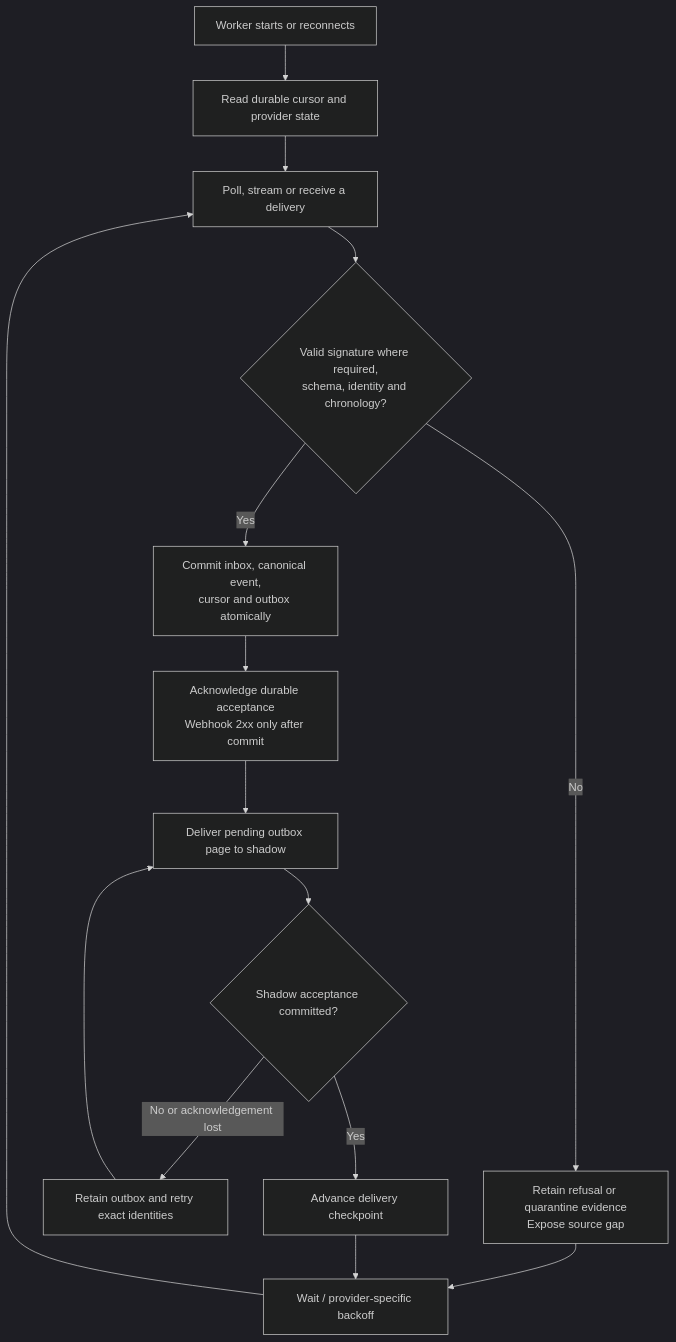
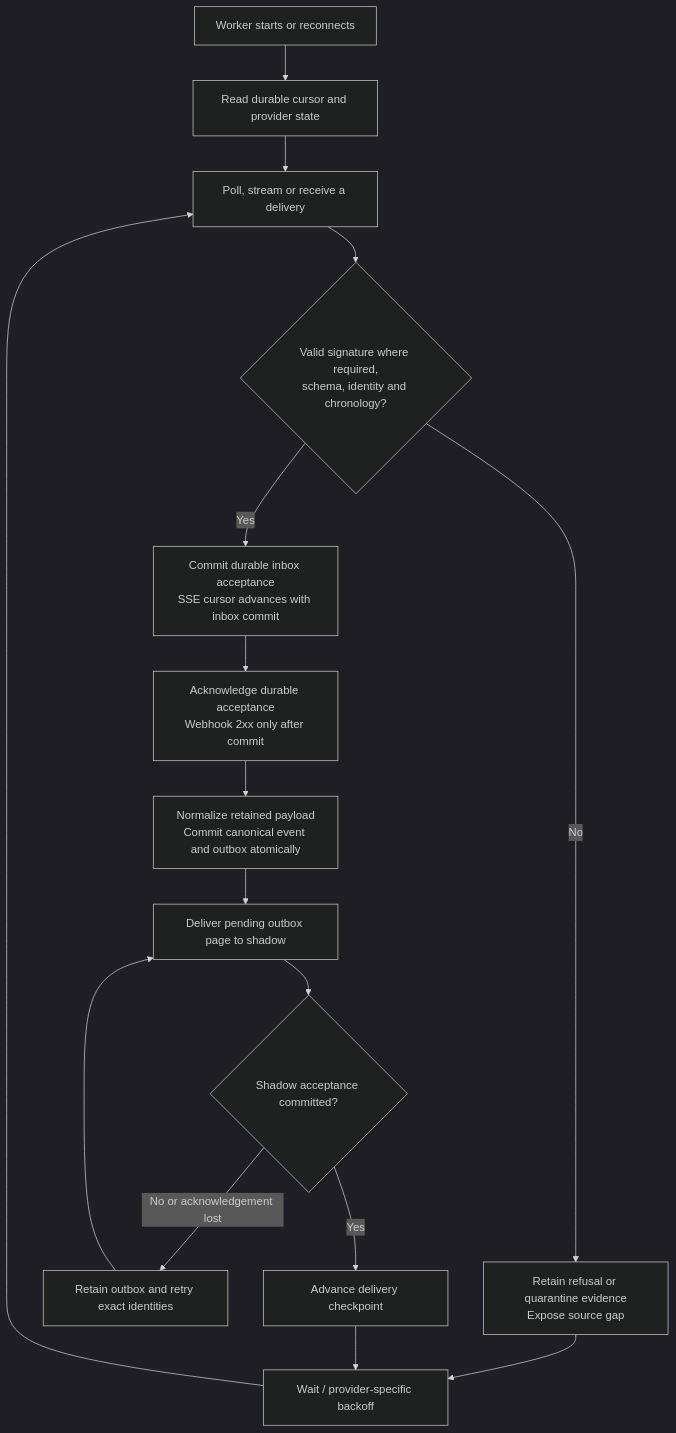
Before and after one commit to henrique-meyer/pipmind: the first of 6 diagrams in docs/workflow-diagrams.md, drawn with Mermaid (dark theme). The commit also changed other lines of this file, not shown here.

Commit message:
PIP-55 clarify webhook acceptance before downstream processing

````diff
--- a/docs/workflow-diagrams.md
+++ b/docs/workflow-diagrams.md
@@ -18,17 +18,18 @@
 ```mermaid
 flowchart TB
   start[Worker starts or reconnects] --> cursor[Read durable cursor and provider state]
   cursor --> fetch[Poll, stream or receive a delivery]
   fetch --> validate{Valid signature where required,<br/>schema, identity and chronology?}
   validate -->|No| refused[Retain refusal or quarantine evidence<br/>Expose source gap]
   refused --> wait[Wait / provider-specific backoff]
-  validate -->|Yes| persist[Commit inbox, canonical event,<br/>cursor and outbox atomically]
+  validate -->|Yes| persist[Commit durable inbox acceptance<br/>SSE cursor advances with inbox commit]
   persist --> ack[Acknowledge durable acceptance<br/>Webhook 2xx only after commit]
-  ack --> handoff[Deliver pending outbox page to shadow]
+  ack --> normalize[Normalize retained payload<br/>Commit canonical event and outbox atomically]
+  normalize --> handoff[Deliver pending outbox page to shadow]
   handoff --> accepted{Shadow acceptance committed?}
   accepted -->|No or acknowledgement lost| replay[Retain outbox and retry exact identities]
   replay --> handoff
   accepted -->|Yes| checkpoint[Advance delivery checkpoint]
   checkpoint --> wait
   wait --> fetch
 ```
````
